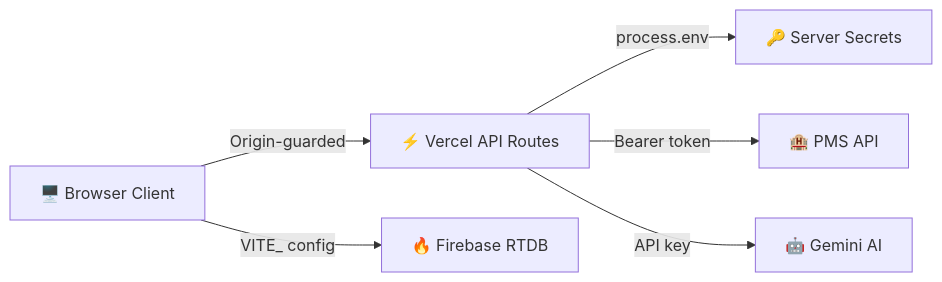
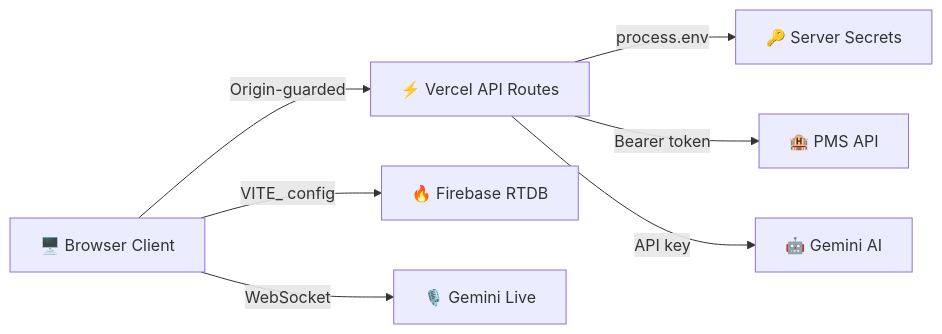
Before and after one commit to SpiritDeMojo/GilpinArrivalTool: the diagram in SECURITY.md, drawn with Mermaid. The commit also changed other lines of this file and 16 other files, not shown here.

````diff
--- a/SECURITY.md
+++ b/SECURITY.md
@@ -10,8 +10,9 @@
 ```mermaid
 graph LR
     Client["🖥️ Browser Client"] -->|Origin-guarded| API["⚡ Vercel API Routes"]
     API -->|process.env| Secrets["🔑 Server Secrets"]
     Client -->|VITE_ config| Firebase["🔥 Firebase RTDB"]
     API -->|Bearer token| PMS["🏨 PMS API"]
     API -->|API key| Gemini["🤖 Gemini AI"]
+    Client -->|WebSocket| GeminiLive["🎙️ Gemini Live"]
 ```
````
